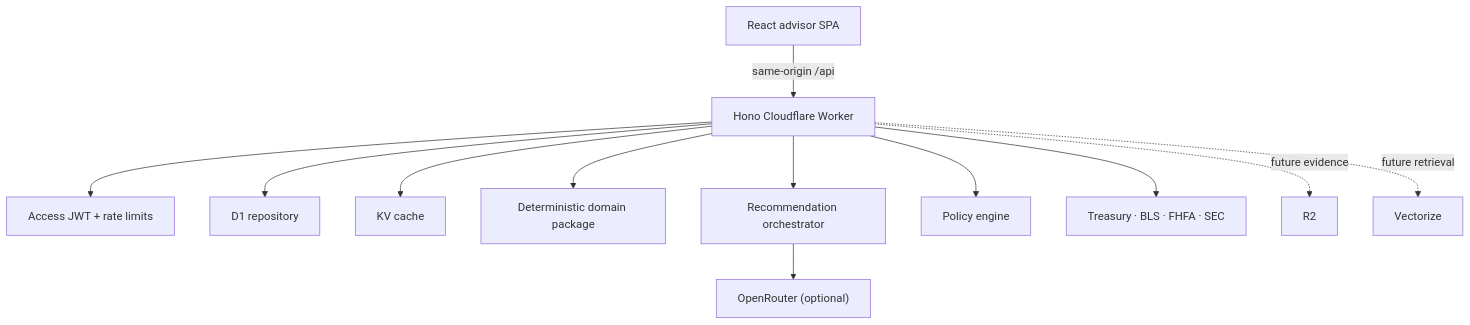
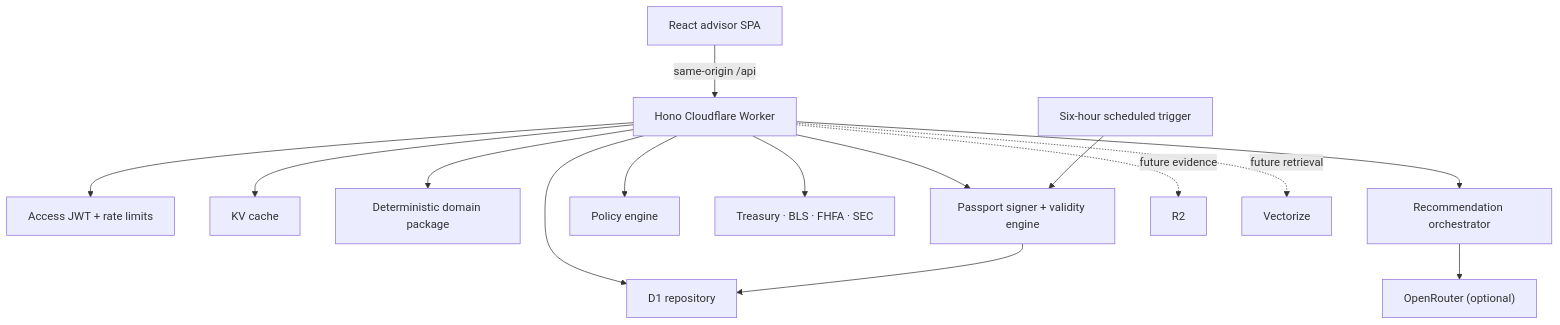
Before and after one commit to AjayKasu1/financial-independence-digital-twin: the diagram in docs/architecture.md, drawn with Mermaid. The commit also changed other lines of this file and 31 other files, not shown here.

````diff
--- a/docs/architecture.md
+++ b/docs/architecture.md
@@ -5,14 +5,17 @@
 ```mermaid
 flowchart TB
   Browser["React advisor SPA"] -->|"same-origin /api"| Worker["Hono Cloudflare Worker"]
   Worker --> Auth["Access JWT + rate limits"]
   Worker --> D1["D1 repository"]
   Worker --> KV["KV cache"]
   Worker --> Domain["Deterministic domain package"]
   Worker --> AI["Recommendation orchestrator"]
   AI --> OR["OpenRouter (optional)"]
   Worker --> Policy["Policy engine"]
   Worker --> Public["Treasury · BLS · FHFA · SEC"]
+  Worker --> Passport["Passport signer + validity engine"]
+  Cron["Six-hour scheduled trigger"] --> Passport
+  Passport --> D1
   Worker -. future evidence .-> R2["R2"]
   Worker -. future retrieval .-> Vectorize["Vectorize"]
 ```
````
